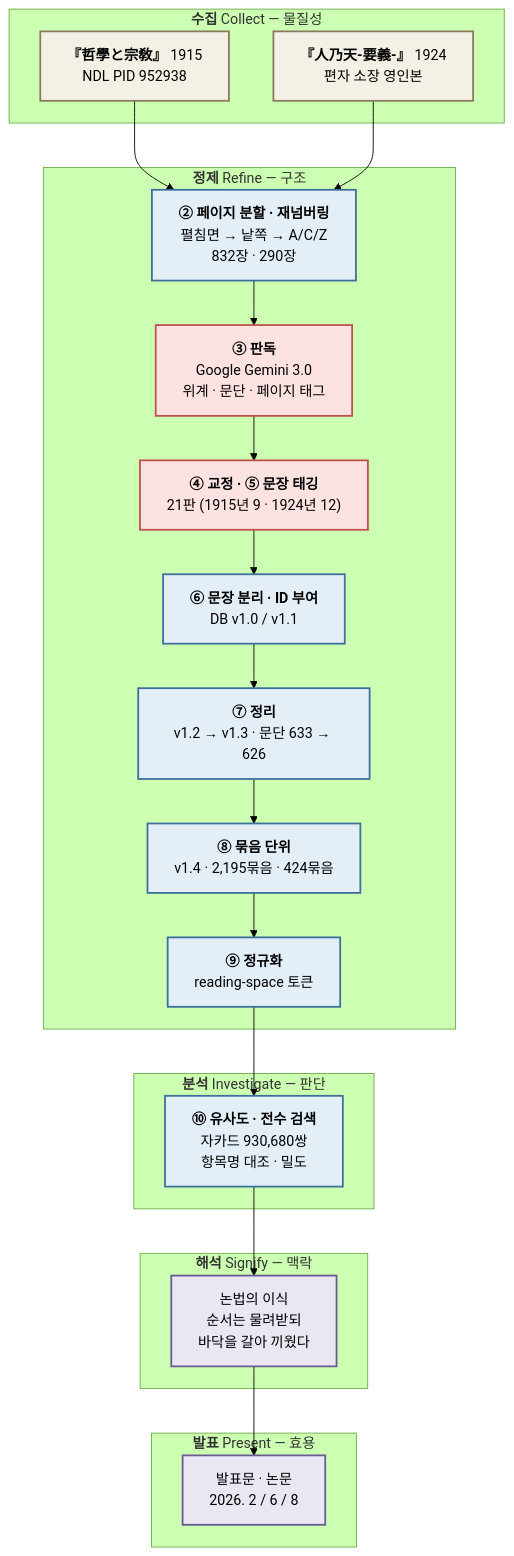
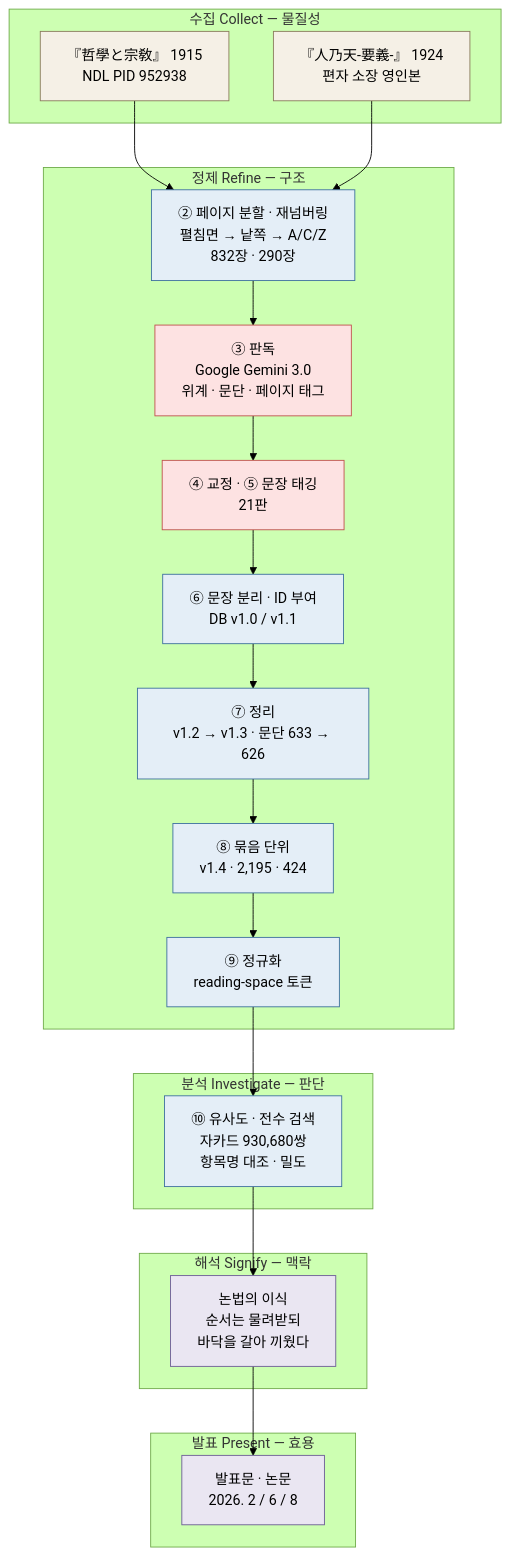
Before and after one commit to hursoo/phenomenal-realism-kr: the diagram in README.md, drawn with Mermaid (forest theme). The commit also changed other lines of this file, not shown here.

Commit message:
Harden the Mermaid syntax for reliable rendering
- 서브그래프 이름을 두 글자로 (C→CO, I→IN 등) — 노드 id와의 충돌 여지 제거
- 서브그래프 제목과 노드 라벨에서 <b> 제거, <br/>만 유지
- :::class 인라인을 class 문으로 분리, 엣지 체이닝을 한 줄 하나씩으로

노드 12개가 모두 정의·연결·색 지정되어 있고 서브그래프 이름과 충돌하지 않음을 확인했다.

````diff
--- a/README.md
+++ b/README.md
@@ -85,38 +85,51 @@
 ```mermaid
 flowchart TD
-    subgraph C["<b>수집</b> Collect — 물질성"]
-        A1["<b>『哲學と宗敎』</b> 1915<br/>NDL PID 952938"]:::src
-        A2["<b>『人乃天-要義-』</b> 1924<br/>편자 소장 영인본"]:::src
+    subgraph CO["수집 Collect — 물질성"]
+        A1["『哲學と宗敎』 1915<br/>NDL PID 952938"]
+        A2["『人乃天-要義-』 1924<br/>편자 소장 영인본"]
     end
 
-    subgraph R["<b>정제</b> Refine — 구조"]
-        B["<b>② 페이지 분할 · 재넘버링</b><br/>펼침면 → 낱쪽 → A/C/Z<br/>832장 · 290장"]:::rule
-        Cc["<b>③ 판독</b><br/>Google Gemini 3.0<br/>위계 · 문단 · 페이지 태그"]:::ai
-        D["<b>④ 교정 · ⑤ 문장 태깅</b><br/>21판 (1915년 9 · 1924년 12)"]:::ai
-        E["<b>⑥ 문장 분리 · ID 부여</b><br/>DB v1.0 / v1.1"]:::rule
-        F["<b>⑦ 정리</b><br/>v1.2 → v1.3 · 문단 633 → 626"]:::rule
-        G["<b>⑧ 묶음 단위</b><br/>v1.4 · 2,195묶음 · 424묶음"]:::rule
-        H["<b>⑨ 정규화</b><br/>reading-space 토큰"]:::rule
+    subgraph RE["정제 Refine — 구조"]
+        B["② 페이지 분할 · 재넘버링<br/>펼침면 → 낱쪽 → A/C/Z<br/>832장 · 290장"]
+        C["③ 판독<br/>Google Gemini 3.0<br/>위계 · 문단 · 페이지 태그"]
+        D["④ 교정 · ⑤ 문장 태깅<br/>21판"]
+        E["⑥ 문장 분리 · ID 부여<br/>DB v1.0 / v1.1"]
+        F["⑦ 정리<br/>v1.2 → v1.3 · 문단 633 → 626"]
+        G["⑧ 묶음 단위<br/>v1.4 · 2,195 · 424"]
+        H["⑨ 정규화<br/>reading-space 토큰"]
     end
 
-    subgraph I["<b>분석</b> Investigate — 판단"]
-        J["<b>⑩ 유사도 · 전수 검색</b><br/>자카드 930,680쌍<br/>항목명 대조 · 밀도"]:::rule
+    subgraph IN["분석 Investigate — 판단"]
+        J["⑩ 유사도 · 전수 검색<br/>자카드 930,680쌍<br/>항목명 대조 · 밀도"]
     end
 
-    subgraph S["<b>해석</b> Signify — 맥락"]
-        K["논법의 이식<br/>순서는 물려받되<br/>바닥을 갈아 끼웠다"]:::interp
+    subgraph SI["해석 Signify — 맥락"]
+        K["논법의 이식<br/>순서는 물려받되<br/>바닥을 갈아 끼웠다"]
     end
 
-    subgraph P["<b>발표</b> Present — 효용"]
-        L["발표문 · 논문<br/>2026. 2 / 6 / 8"]:::interp
+    subgraph PR["발표 Present — 효용"]
+        L["발표문 · 논문<br/>2026. 2 / 6 / 8"]
     end
 
     A1 --> B
     A2 --> B
-    B --> Cc --> D --> E --> F --> G --> H --> J --> K --> L
+    B --> C
+    C --> D
+    D --> E
+    E --> F
+    F --> G
+    G --> H
+    H --> J
+    J --> K
+    K --> L
 
-    classDef src    fill:#f5f0e6,stroke:#8a7a5c,stroke-width:2px,color:#000
-    classDef ai     fill:#fde2e2,stroke:#c0504d,stroke-width:2px,color:#000
-    classDef rule   fill:#e4eef7,stroke:#3d6f9e,stroke-width:2px,color:#000
-    classDef interp fill:#eae6f2,stroke:#6b5b95,stroke-width:2px,color:#000
+    classDef src fill:#f5f0e6,stroke:#8a7a5c,color:#000
+    classDef ai fill:#fde2e2,stroke:#c0504d,color:#000
+    classDef rule fill:#e4eef7,stroke:#3d6f9e,color:#000
+    classDef interp fill:#eae6f2,stroke:#6b5b95,color:#000
+
+    class A1,A2 src
+    class C,D ai
+    class B,E,F,G,H,J rule
+    class K,L interp
 ```
````
